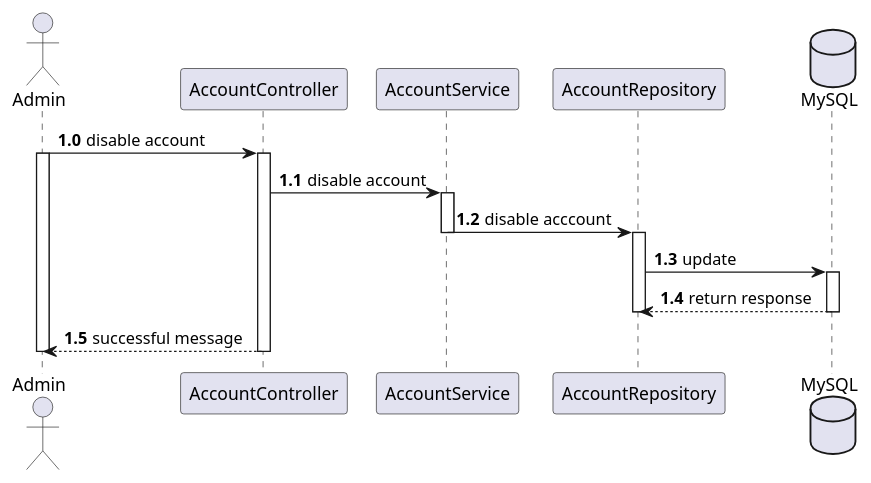
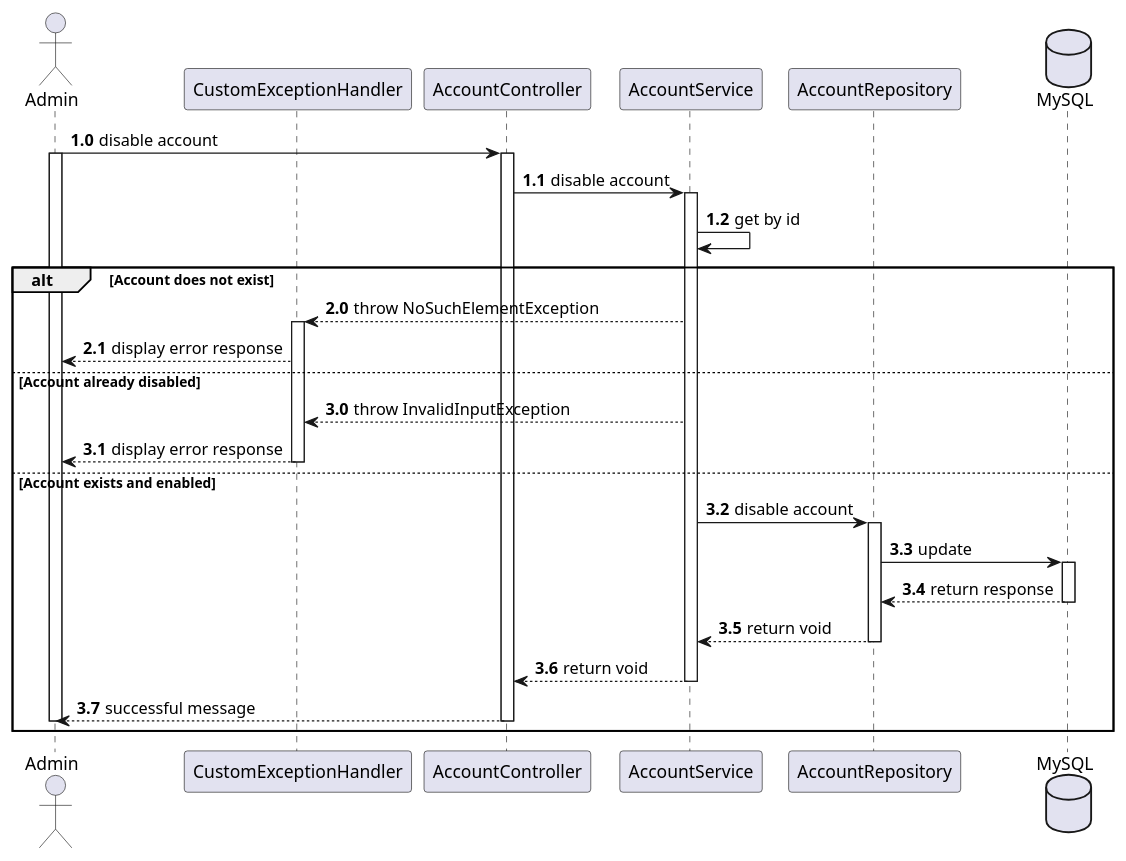
The diagram in uml/admin/manageAccount/disableAccount.puml (kientthe163256/student-management-fa22), drawn with PlantUML before and after one commit. The commit also changed 20 other files, not shown here.

```diff
--- a/uml/admin/manageAccount/disableAccount.puml
+++ b/uml/admin/manageAccount/disableAccount.puml
@@ -1,38 +1,48 @@
 @startuml
 Actor Admin
+participant CustomExceptionHandler
 participant AccountController
 participant AccountService
 participant AccountRepository
 database MySQL
 
 autonumber 1.0
 Admin -> AccountController: disable account
 activate Admin
 activate AccountController
 AccountController -> AccountService: disable account
 
 
 activate AccountService
-AccountService -> AccountRepository: disable acccount
-deactivate AccountService
+AccountService -> AccountService: get by id
+autonumber 2.0
+alt Account does not exist
+    AccountService --> CustomExceptionHandler: throw NoSuchElementException
+    activate CustomExceptionHandler
+    CustomExceptionHandler --> Admin: display error response
+autonumber 3.0
+else Account already disabled
+    AccountService --> CustomExceptionHandler: throw InvalidInputException
+    CustomExceptionHandler --> Admin: display error response
+    deactivate CustomExceptionHandler
+else Account exists and enabled
+    AccountService -> AccountRepository: disable account
 
-activate AccountRepository
-AccountRepository -> MySQL: update
+    activate AccountRepository
+    AccountRepository -> MySQL: update
 
-activate MySQL
-MySQL --> AccountRepository: return response
-deactivate AccountRepository
-deactivate MySQL
+    activate MySQL
+    MySQL --> AccountRepository: return response
+    deactivate MySQL
+    AccountRepository --> AccountService: return void
+    deactivate AccountRepository
 
+    AccountService --> AccountController: return void
+    deactivate AccountService
 
-
-
-
-AccountController --> Admin: successful message
-deactivate AccountController
-deactivate Admin
-
-
-
+    AccountController --> Admin: successful message
+    deactivate AccountController
+    deactivate Admin
+end
 
 @enduml
```
